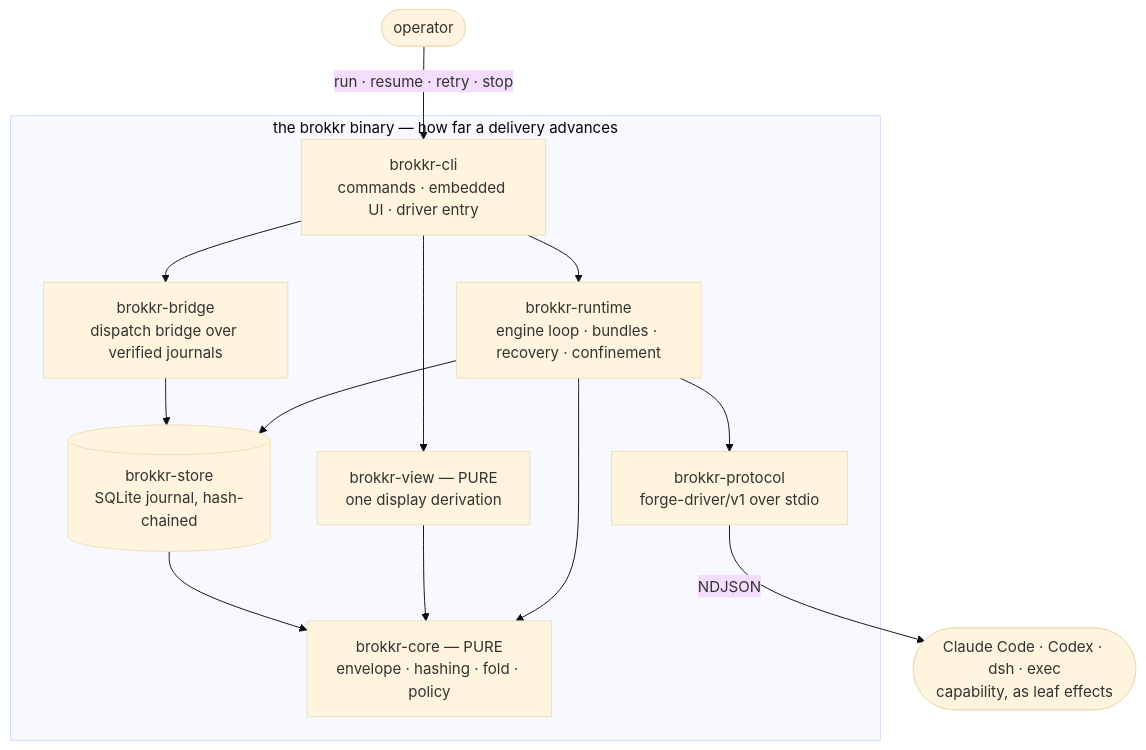
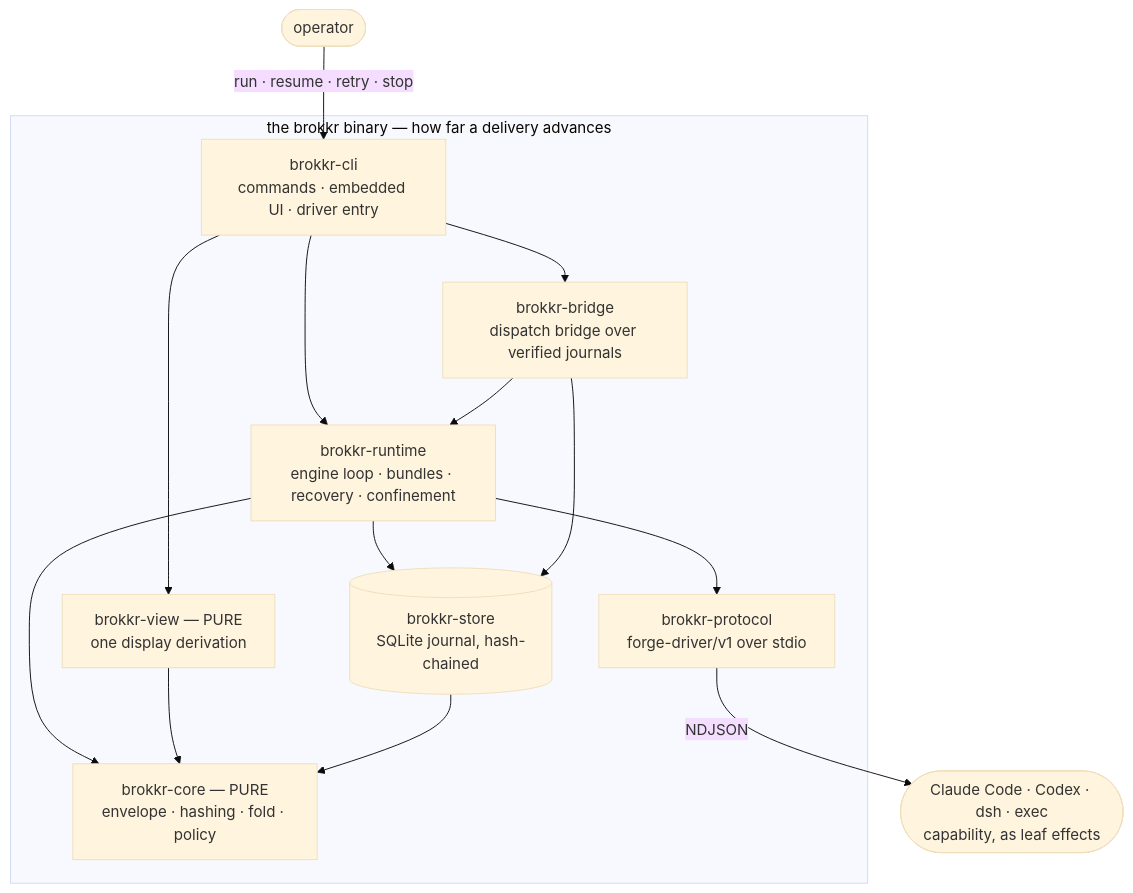
The first of 8 diagrams in ARCHITECTURE.md (feedback-loop-ai/brokkr), drawn with Mermaid (base theme) before and after one commit. The commit also changed 1 other file, not shown here.

Commit message:
docs: the crate picture draws the bridge's engine edge, and 0037 counts the diagrams it has
The crate graph asserted "the edges a path already implies are left
out", but brokkr-bridge → brokkr-runtime is a declared dependency that
no drawn path implied: bridge reached only store, so the picture read
as a thin reader over the journal rather than a dispatcher holding the
engine loop. The edge is drawn; every remaining omission is now
genuinely implied by a path. tests/diagrams.rs checks drawn ⊆ declared,
so it could not have caught the understatement.

Decision 0037 said "nine diagrams" in its context and again in its
consequences; ARCHITECTURE.md carries eight, as the slice's own commit
message said. The decision that condemns drift now counts what is
there.

````diff
--- a/ARCHITECTURE.md
+++ b/ARCHITECTURE.md
@@ -16,19 +16,19 @@
 ```mermaid
 flowchart TB
   operator([operator]) -- "run · resume · retry · stop" --> cli
   subgraph binary["the brokkr binary — how far a delivery advances"]
     cli["brokkr-cli<br/>commands · embedded UI · driver entry"]
     runtime["brokkr-runtime<br/>engine loop · bundles · recovery · confinement"]
     core["brokkr-core — PURE<br/>envelope · hashing · fold · policy"]
     store[("brokkr-store<br/>SQLite journal, hash-chained")]
     protocol["brokkr-protocol<br/>forge-driver/v1 over stdio"]
     view["brokkr-view — PURE<br/>one display derivation"]
     bridge["brokkr-bridge<br/>dispatch bridge over verified journals"]
     cli --> runtime & view & bridge
     runtime --> core & store & protocol
     view --> core
-    bridge --> store
+    bridge --> store & runtime
     store --> core
   end
   protocol -- "NDJSON" --> harness([Claude Code · Codex · dsh · exec<br/>capability, as leaf effects])
 ```
````
